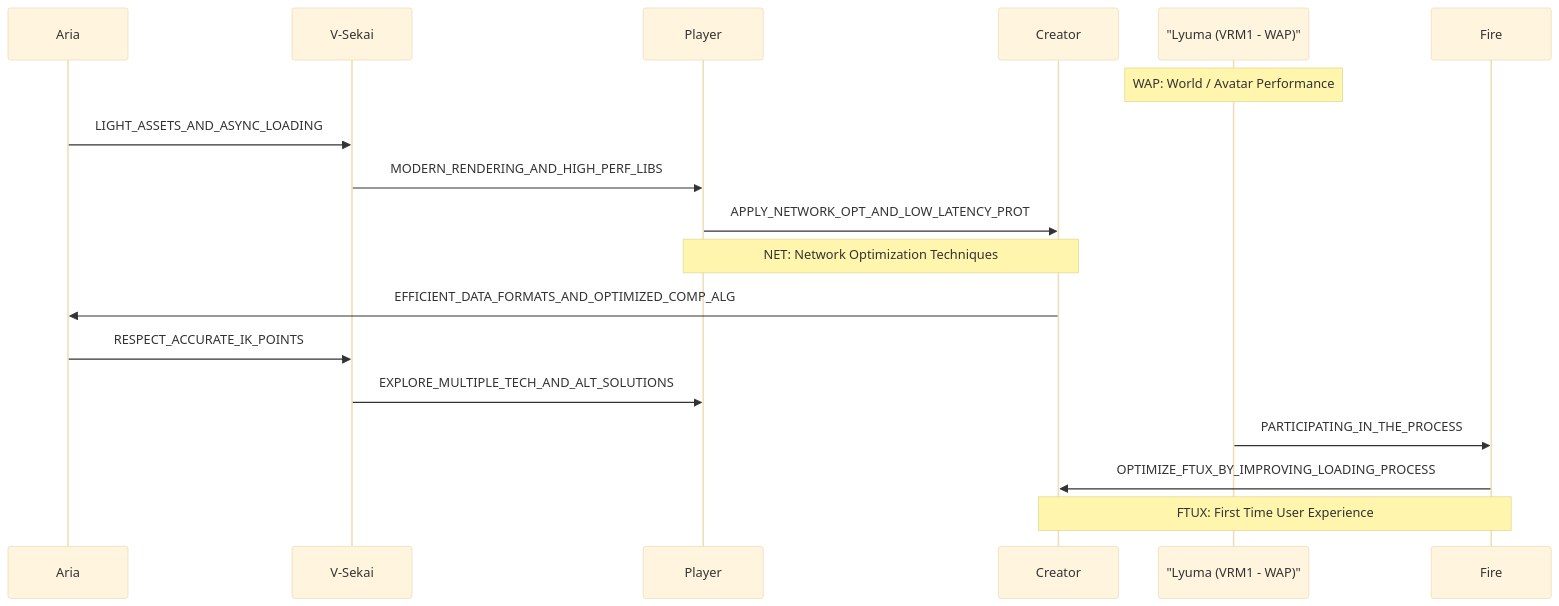
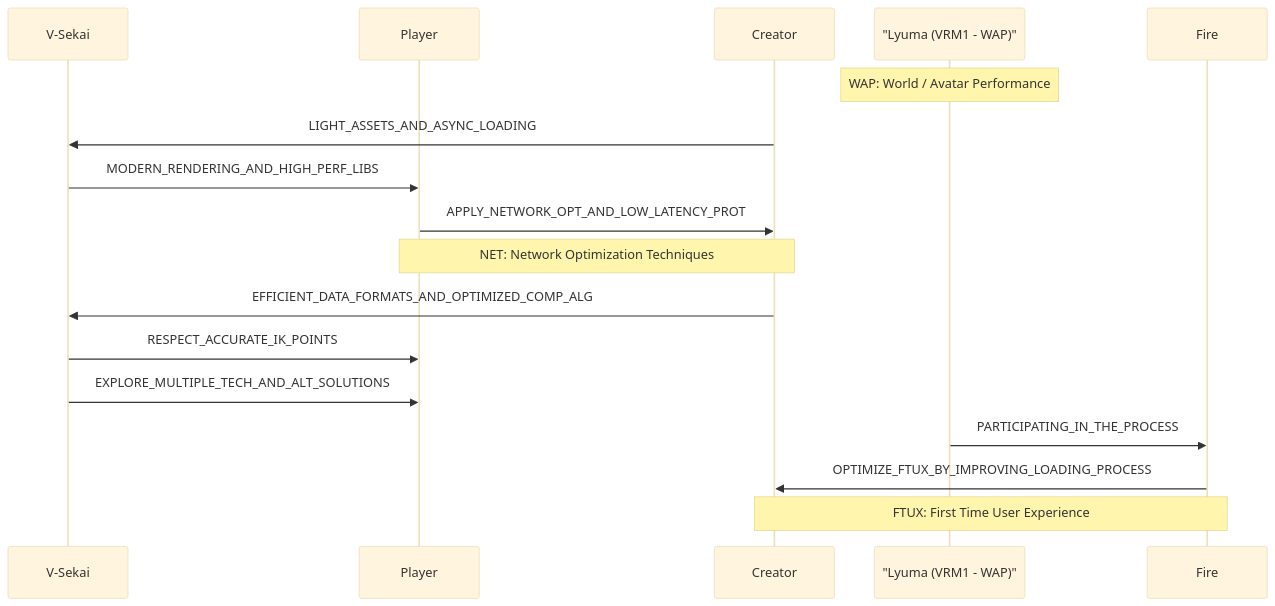
One commit to V-Sekai/manuals changed the diagram in decisions/20230618-v-sekai-roadmap.md. Above: the diagram before and after it, drawn with Mermaid (base theme).

Commit message:
Remove aria.

````diff
--- a/decisions/20230618-v-sekai-roadmap.md
+++ b/decisions/20230618-v-sekai-roadmap.md
@@ -23,25 +23,24 @@
 ```mermaid
 sequenceDiagram
-    participant Aria
     participant V-Sekai
     participant Player
     participant Creator
     participant Lyuma as "Lyuma (VRM1 - WAP)"
     participant Fire
 
     Note over Lyuma: WAP: World / Avatar Performance
 
-    Aria->>V-Sekai: LIGHT_ASSETS_AND_ASYNC_LOADING
+    Creator->>V-Sekai: LIGHT_ASSETS_AND_ASYNC_LOADING
     V-Sekai->>Player: MODERN_RENDERING_AND_HIGH_PERF_LIBS
     Player->>Creator: APPLY_NETWORK_OPT_AND_LOW_LATENCY_PROT
 
     Note over Player, Creator: NET: Network Optimization Techniques
 
-    Creator->>Aria: EFFICIENT_DATA_FORMATS_AND_OPTIMIZED_COMP_ALG
-    Aria->>V-Sekai: RESPECT_ACCURATE_IK_POINTS
+    Creator->>V-Sekai: EFFICIENT_DATA_FORMATS_AND_OPTIMIZED_COMP_ALG
+    V-Sekai->>Player: RESPECT_ACCURATE_IK_POINTS
     V-Sekai->>Player: EXPLORE_MULTIPLE_TECH_AND_ALT_SOLUTIONS
     Lyuma->>Fire: PARTICIPATING_IN_THE_PROCESS
     Fire->>Creator: OPTIMIZE_FTUX_BY_IMPROVING_LOADING_PROCESS
 
     Note over Fire, Creator: FTUX: First Time User Experience
 ```
````
